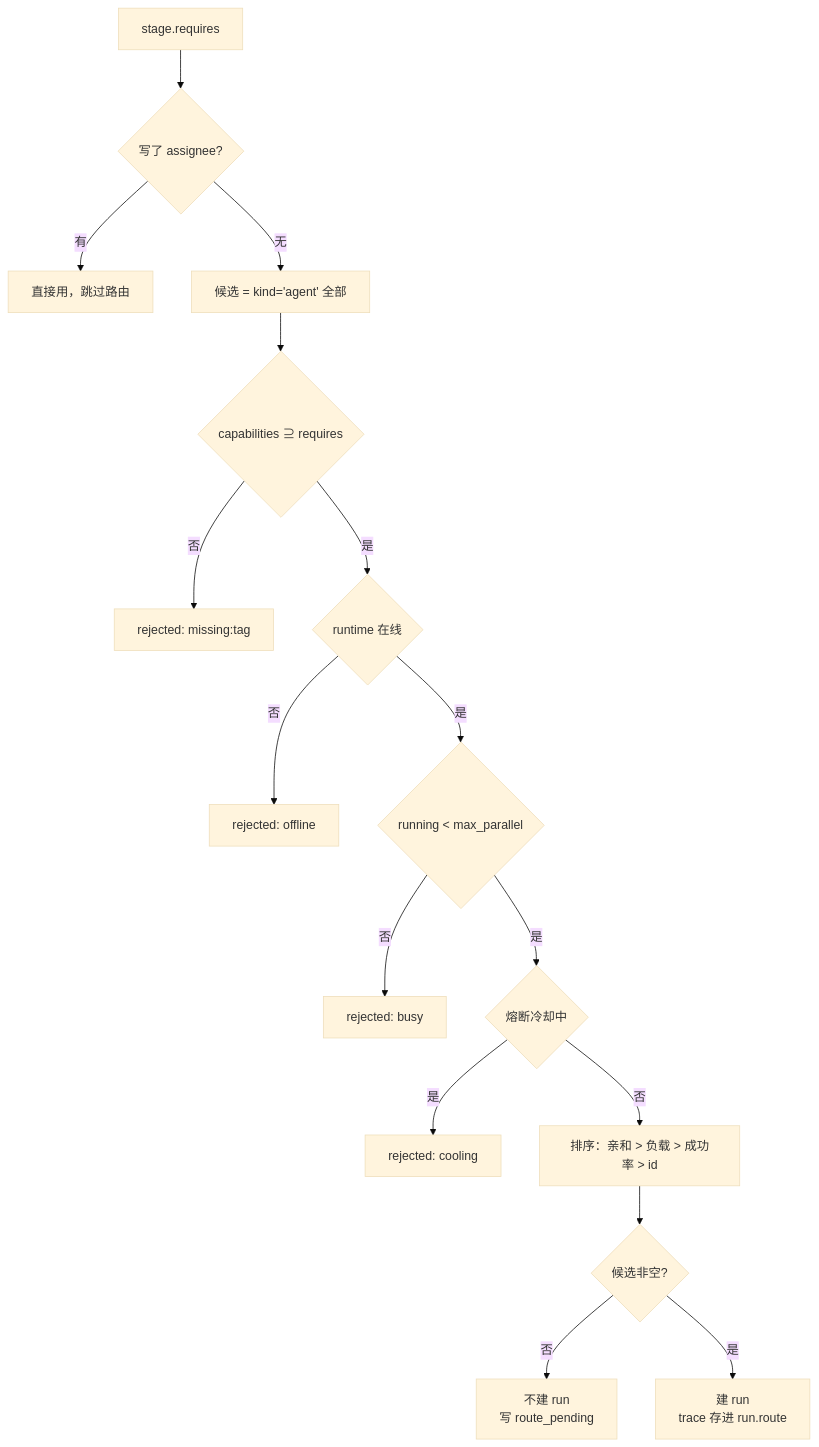
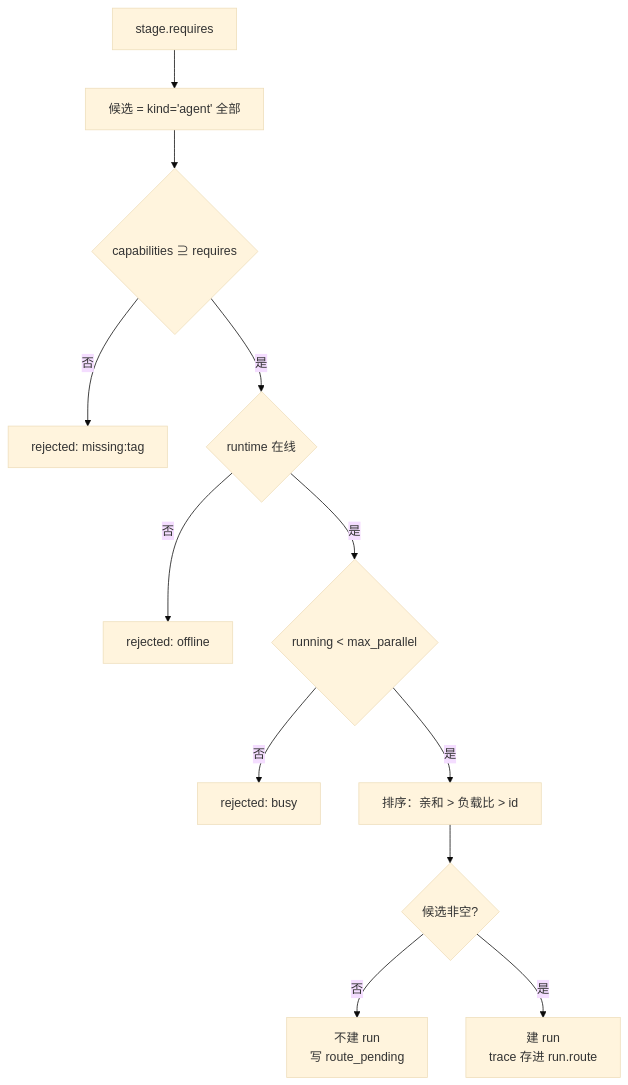
The fifth of 5 diagrams in DESIGN.md (betterA/someupdate), drawn with Mermaid (base theme) before and after one commit. The commit also changed other lines of this file and 3 other files, not shown here.

````diff
--- a/DESIGN.md
+++ b/DESIGN.md
@@ -514,18 +509,14 @@
 ```mermaid
 flowchart TD
-    A["stage.requires"] --> B{"写了 assignee?"}
-    B -->|"有"| C["直接用，跳过路由"]
-    B -->|"无"| D["候选 = kind='agent' 全部"]
+    A["stage.requires"] --> D["候选 = kind='agent' 全部"]
     D --> E{"capabilities ⊇ requires"}
     E -->|"否"| R1["rejected: missing:tag"]
     E -->|"是"| F{"runtime 在线"}
     F -->|"否"| R2["rejected: offline"]
     F -->|"是"| G{"running < max_parallel"}
     G -->|"否"| R3["rejected: busy"]
-    G -->|"是"| H{"熔断冷却中"}
-    H -->|"是"| R4["rejected: cooling"]
-    H -->|"否"| I["排序：亲和 > 负载 > 成功率 > id"]
+    G -->|"是"| I["排序：亲和 > 负载比 > id"]
     I --> J{"候选非空?"}
     J -->|"否"| K["不建 run<br/>写 route_pending"]
     J -->|"是"| L["建 run<br/>trace 存进 run.route"]
 ```
````
